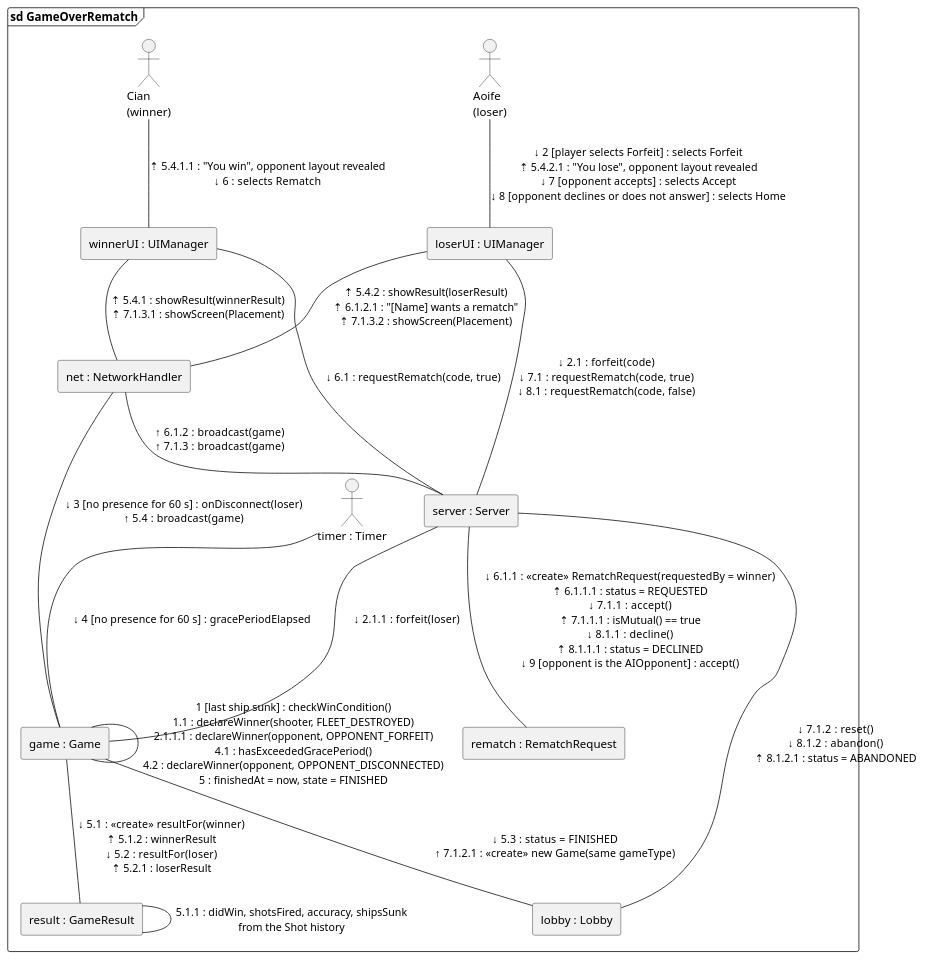
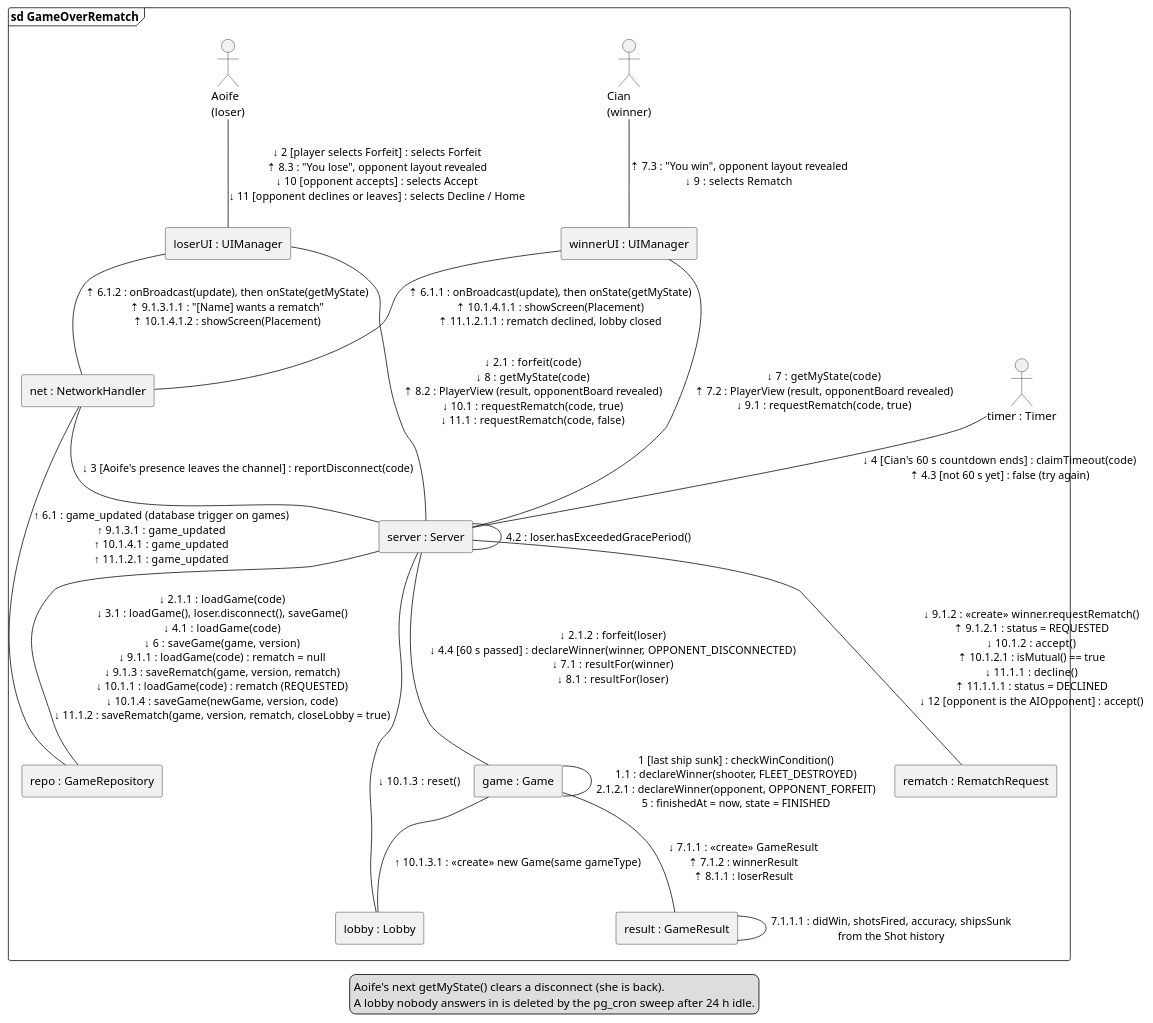
Before and after one commit to queeeety/battleship-online: the diagram in docs/uml/communication/game-over-rematch.puml, drawn with PlantUML. The commit also changed 10 other files, not shown here.

Commit message:
Stage 6 UML's updated

```diff
--- a/docs/uml/communication/game-over-rematch.puml
+++ b/docs/uml/communication/game-over-rematch.puml
@@ -1,31 +1,38 @@
 @startuml 6_2_GameOverRematch_CommunicationDiagram
 frame "sd GameOverRematch" {
   actor "Cian\n(winner)" as Winner
   actor "Aoife\n(loser)" as Loser
   rectangle "winnerUI : UIManager" as WinUI
   rectangle "net : NetworkHandler" as Net
   rectangle "loserUI : UIManager" as LoseUI
   rectangle "rematch : RematchRequest" as Rematch
   rectangle "server : Server" as Server
   actor "timer : Timer" as Timer
+  rectangle "repo : GameRepository" as Repo
   rectangle "lobby : Lobby" as Lobby
   rectangle "game : Game" as Game
   rectangle "result : GameResult" as Result
-  Loser -down- LoseUI : ↓ 2 [player selects Forfeit] : selects Forfeit\n⇡ 5.4.2.1 : "You lose", opponent layout revealed\n↓ 7 [opponent accepts] : selects Accept\n↓ 8 [opponent declines or does not answer] : selects Home
-  Winner -down- WinUI : ⇡ 5.4.1.1 : "You win", opponent layout revealed\n↓ 6 : selects Rematch
-  WinUI -down- Net : ⇡ 5.4.1 : showResult(winnerResult)\n⇡ 7.1.3.1 : showScreen(Placement)
-  LoseUI -down- Net : ⇡ 5.4.2 : showResult(loserResult)\n⇡ 6.1.2.1 : "[Name] wants a rematch"\n⇡ 7.1.3.2 : showScreen(Placement)
-  LoseUI -down- Server : ↓ 2.1 : forfeit(code)\n↓ 7.1 : requestRematch(code, true)\n↓ 8.1 : requestRematch(code, false)
-  WinUI -down- Server : ↓ 6.1 : requestRematch(code, true)
-  Net -down- Server : ↑ 6.1.2 : broadcast(game)\n↑ 7.1.3 : broadcast(game)
-  Net -down- Game : ↓ 3 [no presence for 60 s] : onDisconnect(loser)\n↑ 5.4 : broadcast(game)
-  Server -down- Game : ↓ 2.1.1 : forfeit(loser)
-  Timer -down- Game : ↓ 4 [no presence for 60 s] : gracePeriodElapsed
-  Server -down- Rematch : ↓ 6.1.1 : <<create>> RematchRequest(requestedBy = winner)\n⇡ 6.1.1.1 : status = REQUESTED\n↓ 7.1.1 : accept()\n⇡ 7.1.1.1 : isMutual() == true\n↓ 8.1.1 : decline()\n⇡ 8.1.1.1 : status = DECLINED\n↓ 9 [opponent is the AIOpponent] : accept()
-  Server -down- Lobby : ↓ 7.1.2 : reset()\n↓ 8.1.2 : abandon()\n⇡ 8.1.2.1 : status = ABANDONED
-  Game -- Game : 1 [last ship sunk] : checkWinCondition()\n1.1 : declareWinner(shooter, FLEET_DESTROYED)\n2.1.1.1 : declareWinner(opponent, OPPONENT_FORFEIT)\n4.1 : hasExceededGracePeriod()\n4.2 : declareWinner(opponent, OPPONENT_DISCONNECTED)\n5 : finishedAt = now, state = FINISHED
-  Game -down- Result : ↓ 5.1 : <<create>> resultFor(winner)\n⇡ 5.1.2 : winnerResult\n↓ 5.2 : resultFor(loser)\n⇡ 5.2.1 : loserResult
-  Game -down- Lobby : ↓ 5.3 : status = FINISHED\n↑ 7.1.2.1 : <<create>> new Game(same gameType)
-  Result -- Result : 5.1.1 : didWin, shotsFired, accuracy, shipsSunk\nfrom the Shot history
+  Loser -down- LoseUI : ↓ 2 [player selects Forfeit] : selects Forfeit\n⇡ 8.3 : "You lose", opponent layout revealed\n↓ 10 [opponent accepts] : selects Accept\n↓ 11 [opponent declines or leaves] : selects Decline / Home
+  Winner -down- WinUI : ⇡ 7.3 : "You win", opponent layout revealed\n↓ 9 : selects Rematch
+  WinUI -down- Net : ⇡ 6.1.1 : onBroadcast(update), then onState(getMyState)\n⇡ 10.1.4.1.1 : showScreen(Placement)\n⇡ 11.1.2.1.1 : rematch declined, lobby closed
+  LoseUI -down- Net : ⇡ 6.1.2 : onBroadcast(update), then onState(getMyState)\n⇡ 9.1.3.1.1 : "[Name] wants a rematch"\n⇡ 10.1.4.1.2 : showScreen(Placement)
+  WinUI -down- Server : ↓ 7 : getMyState(code)\n⇡ 7.2 : PlayerView (result, opponentBoard revealed)\n↓ 9.1 : requestRematch(code, true)
+  LoseUI -down- Server : ↓ 2.1 : forfeit(code)\n↓ 8 : getMyState(code)\n⇡ 8.2 : PlayerView (result, opponentBoard revealed)\n↓ 10.1 : requestRematch(code, true)\n↓ 11.1 : requestRematch(code, false)
+  Net -down- Server : ↓ 3 [Aoife's presence leaves the channel] : reportDisconnect(code)
+  Timer -down- Server : ↓ 4 [Cian's 60 s countdown ends] : claimTimeout(code)\n⇡ 4.3 [not 60 s yet] : false (try again)
+  Server -- Server : 4.2 : loser.hasExceededGracePeriod()
+  Server -down- Repo : ↓ 2.1.1 : loadGame(code)\n↓ 3.1 : loadGame(), loser.disconnect(), saveGame()\n↓ 4.1 : loadGame(code)\n↓ 6 : saveGame(game, version)\n↓ 9.1.1 : loadGame(code) : rematch = null\n↓ 9.1.3 : saveRematch(game, version, rematch)\n↓ 10.1.1 : loadGame(code) : rematch (REQUESTED)\n↓ 10.1.4 : saveGame(newGame, version, code)\n↓ 11.1.2 : saveRematch(game, version, rematch, closeLobby = true)
+  Net -down- Repo : ↑ 6.1 : game_updated (database trigger on games)\n↑ 9.1.3.1 : game_updated\n↑ 10.1.4.1 : game_updated\n↑ 11.1.2.1 : game_updated
+  Server -down- Game : ↓ 2.1.2 : forfeit(loser)\n↓ 4.4 [60 s passed] : declareWinner(winner, OPPONENT_DISCONNECTED)\n↓ 7.1 : resultFor(winner)\n↓ 8.1 : resultFor(loser)
+  Server -down- Rematch : ↓ 9.1.2 : <<create>> winner.requestRematch()\n⇡ 9.1.2.1 : status = REQUESTED\n↓ 10.1.2 : accept()\n⇡ 10.1.2.1 : isMutual() == true\n↓ 11.1.1 : decline()\n⇡ 11.1.1.1 : status = DECLINED\n↓ 12 [opponent is the AIOpponent] : accept()
+  Server -down- Lobby : ↓ 10.1.3 : reset()
+  Game -- Game : 1 [last ship sunk] : checkWinCondition()\n1.1 : declareWinner(shooter, FLEET_DESTROYED)\n2.1.2.1 : declareWinner(opponent, OPPONENT_FORFEIT)\n5 : finishedAt = now, state = FINISHED
+  Game -down- Result : ↓ 7.1.1 : <<create>> GameResult\n⇡ 7.1.2 : winnerResult\n⇡ 8.1.1 : loserResult
+  Game -down- Lobby : ↑ 10.1.3.1 : <<create>> new Game(same gameType)
+  Result -- Result : 7.1.1.1 : didWin, shotsFired, accuracy, shipsSunk\nfrom the Shot history
 }
+legend bottom
+  Aoife's next getMyState() clears a disconnect (she is back).
+  A lobby nobody answers in is deleted by the pg_cron sweep after 24 h idle.
+endlegend
 @enduml
```
